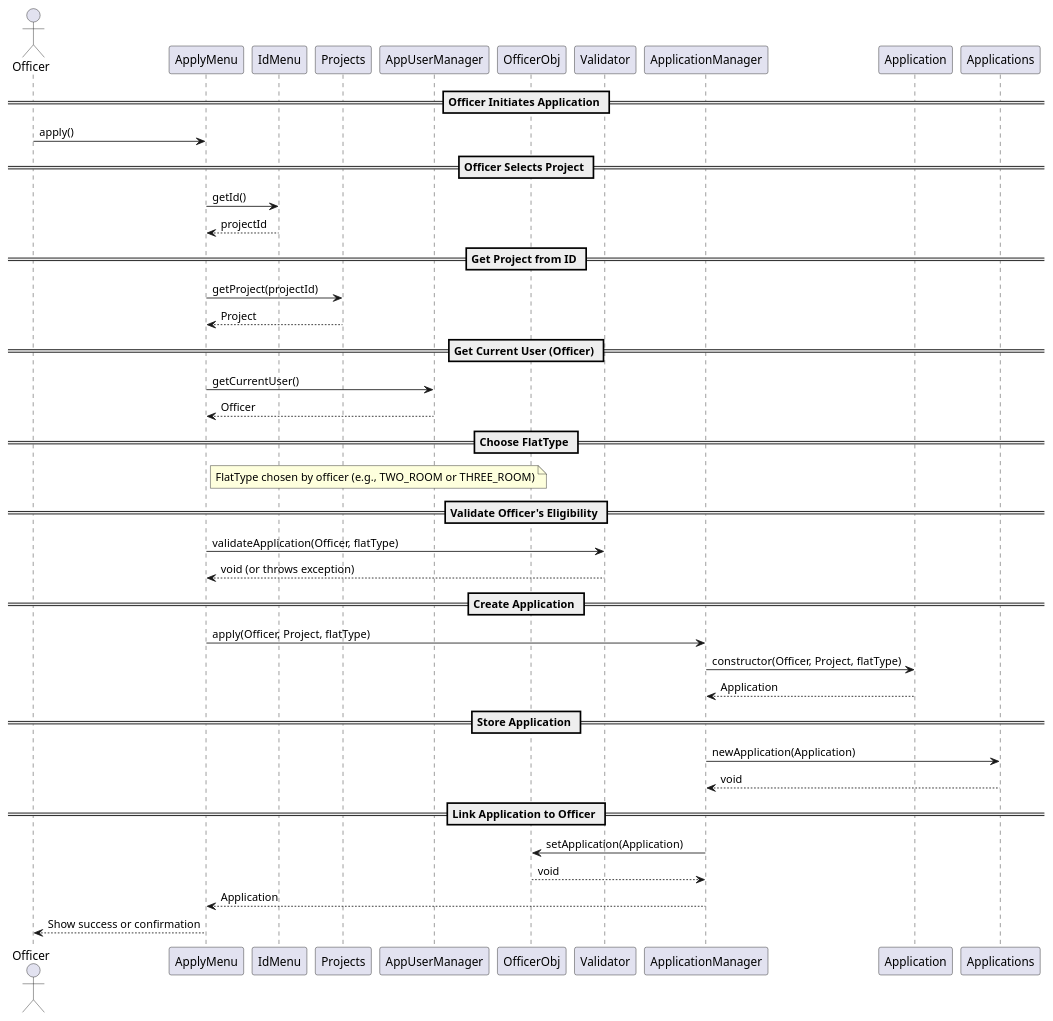
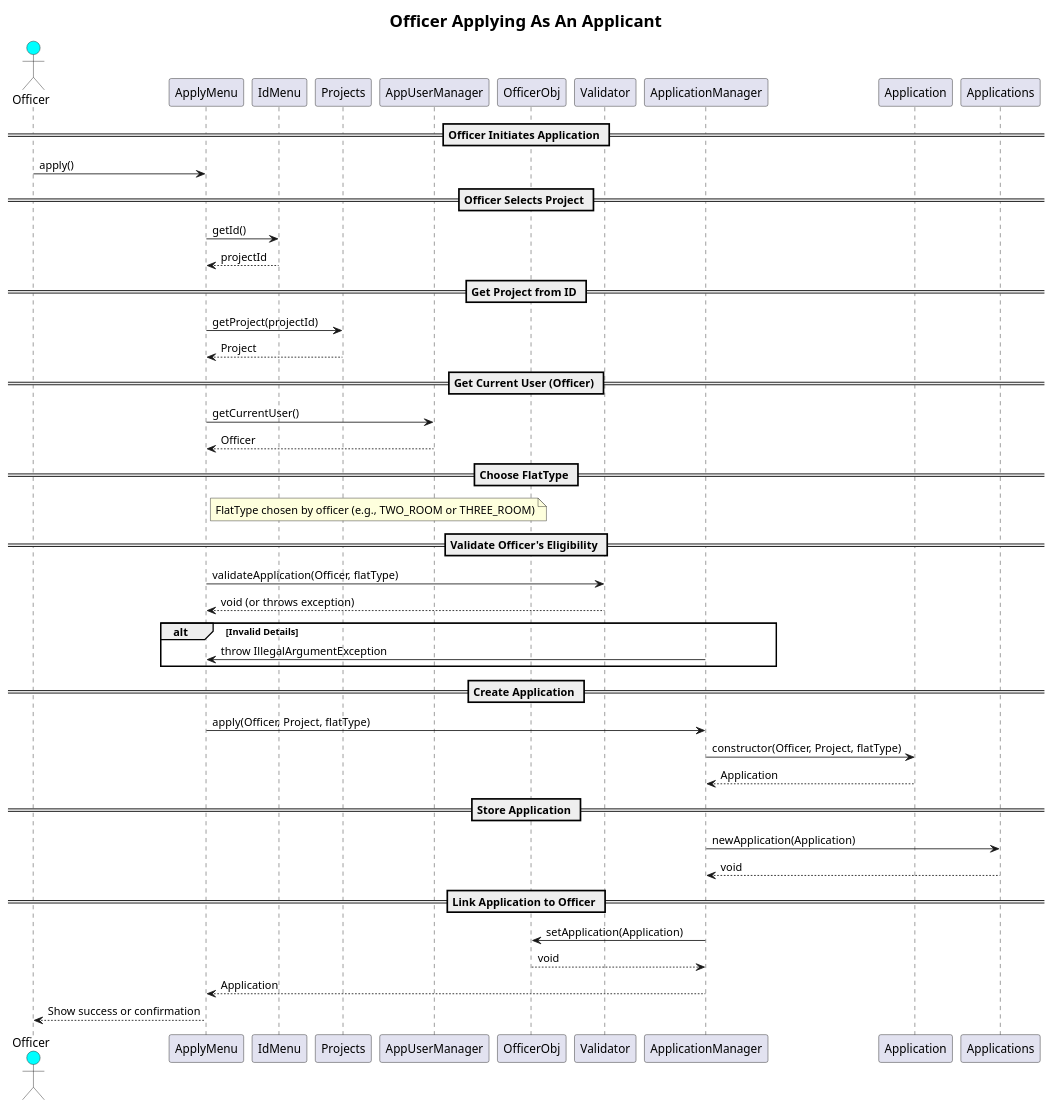
The diagram in Sequence Diagram One (OfficerAsApplicant).wsd (arpita729/SC2002-Project), drawn with PlantUML before and after one commit.

Commit message:
Updated with altblock Sequence Diagram One (OfficerAsApplicant).wsd

```diff
--- a/Sequence Diagram One (OfficerAsApplicant).wsd
+++ b/Sequence Diagram One (OfficerAsApplicant).wsd
@@ -1,53 +1,61 @@
 @startuml
-actor Officer as O
-participant ApplyMenu
-participant IdMenu
-participant Projects
-participant AppUserManager
-participant OfficerObj as Officer
-participant Validator
-participant ApplicationManager
-participant Application
-participant Applications
+skinparam titleFontSize 20
+title Officer Applying As An Applicant
+
+actor Officer as O #00FFFF
+
+participant ApplyMenu 
+participant IdMenu 
+participant Projects 
+participant AppUserManager 
+participant OfficerObj as Officer 
+participant Validator 
+participant ApplicationManager 
+participant Application 
+participant Applications 
 
 == Officer Initiates Application ==
 O -> ApplyMenu : apply()
 
 == Officer Selects Project ==
 ApplyMenu -> IdMenu : getId()
 IdMenu --> ApplyMenu : projectId
 
 == Get Project from ID ==
 ApplyMenu -> Projects : getProject(projectId)
 Projects --> ApplyMenu : Project
 
 == Get Current User (Officer) ==
 ApplyMenu -> AppUserManager : getCurrentUser()
 AppUserManager --> ApplyMenu : Officer
 
 == Choose FlatType ==
 note right of ApplyMenu
 FlatType chosen by officer (e.g., TWO_ROOM or THREE_ROOM)
 end note
 
 == Validate Officer's Eligibility ==
 ApplyMenu -> Validator : validateApplication(Officer, flatType)
 Validator --> ApplyMenu : void (or throws exception)
 
+alt Invalid Details
+    ApplicationManager -> ApplyMenu : throw IllegalArgumentException
+end alt
+
 == Create Application ==
 ApplyMenu -> ApplicationManager : apply(Officer, Project, flatType)
 
 ApplicationManager -> Application : constructor(Officer, Project, flatType)
 Application --> ApplicationManager : Application
 
 == Store Application ==
 ApplicationManager -> Applications : newApplication(Application)
 Applications --> ApplicationManager : void
 
 == Link Application to Officer ==
 ApplicationManager -> Officer : setApplication(Application)
 Officer --> ApplicationManager : void
 
 ApplicationManager --> ApplyMenu : Application
 ApplyMenu --> O : Show success or confirmation
 @enduml
```
